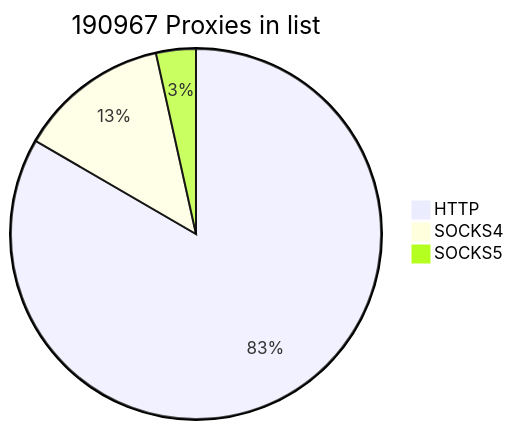
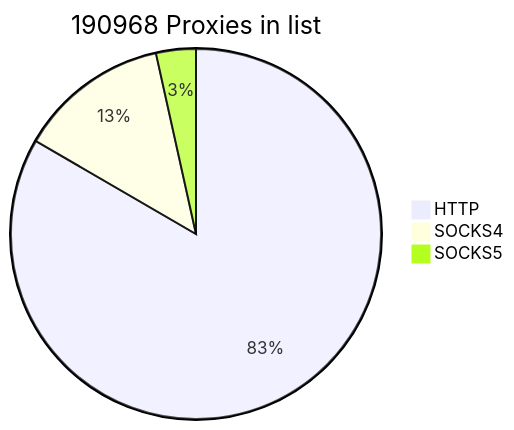
One commit to cutipu/proxylist changed the first of 2 diagrams in README.md. Above: the diagram before and after it, drawn with Mermaid. The commit also changed other lines of this file, not shown here.

````diff
--- a/README.md
+++ b/README.md
@@ -2,7 +2,7 @@
 ```mermaid
-pie title 190967 Proxies in list
+pie title 190968 Proxies in list
     "HTTP" : 159210
-    "SOCKS4" : 25125
+    "SOCKS4" : 25126
     "SOCKS5" : 6632
             
 ```
````
